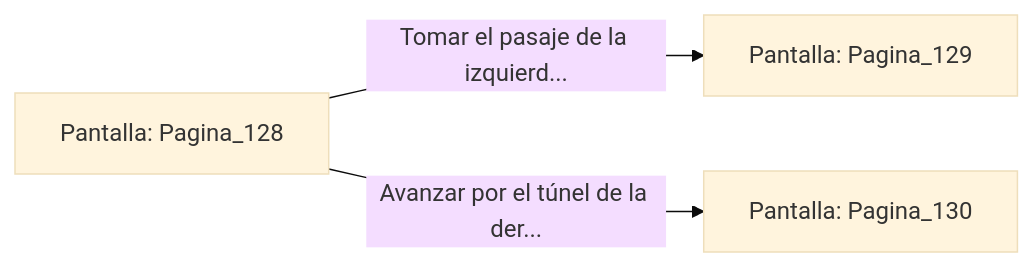
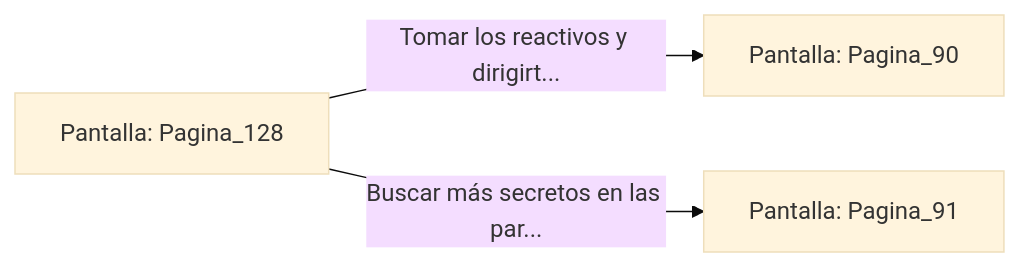
Before and after one commit to metsuke/mpl: the diagram in sample/eligejuego-vault/Pantalla_Pagina_128.md, drawn with Mermaid (base theme). The commit also changed other lines of this file and 635 other files, not shown here.

First line of the commit message:
fix: añadir Pagina_1 como pantalla inicial en capitulo_01.mpl

````diff
--- a/sample/eligejuego-vault/Pantalla_Pagina_128.md
+++ b/sample/eligejuego-vault/Pantalla_Pagina_128.md
@@ -20,6 +22,6 @@
 ```mermaid
 graph LR
     P_Pagina_128["Pantalla: Pagina_128"]
-    P_Pagina_128 -->|"Tomar el pasaje de la izquierd..."| P_Pagina_129["Pantalla: Pagina_129"]
-    P_Pagina_128 -->|"Avanzar por el túnel de la der..."| P_Pagina_130["Pantalla: Pagina_130"]
+    P_Pagina_128 -->|"Tomar los reactivos y dirigirt..."| P_Pagina_90["Pantalla: Pagina_90"]
+    P_Pagina_128 -->|"Buscar más secretos en las par..."| P_Pagina_91["Pantalla: Pagina_91"]
 ```
````
